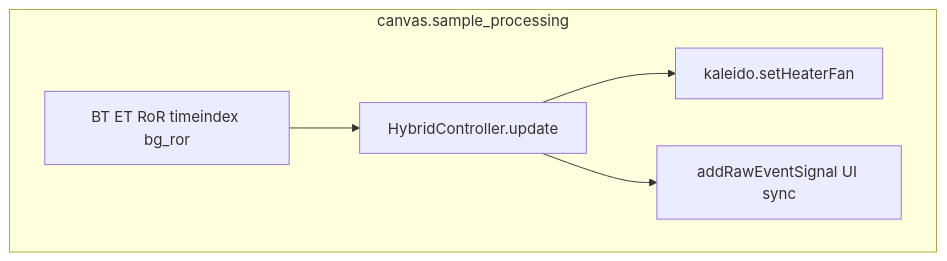
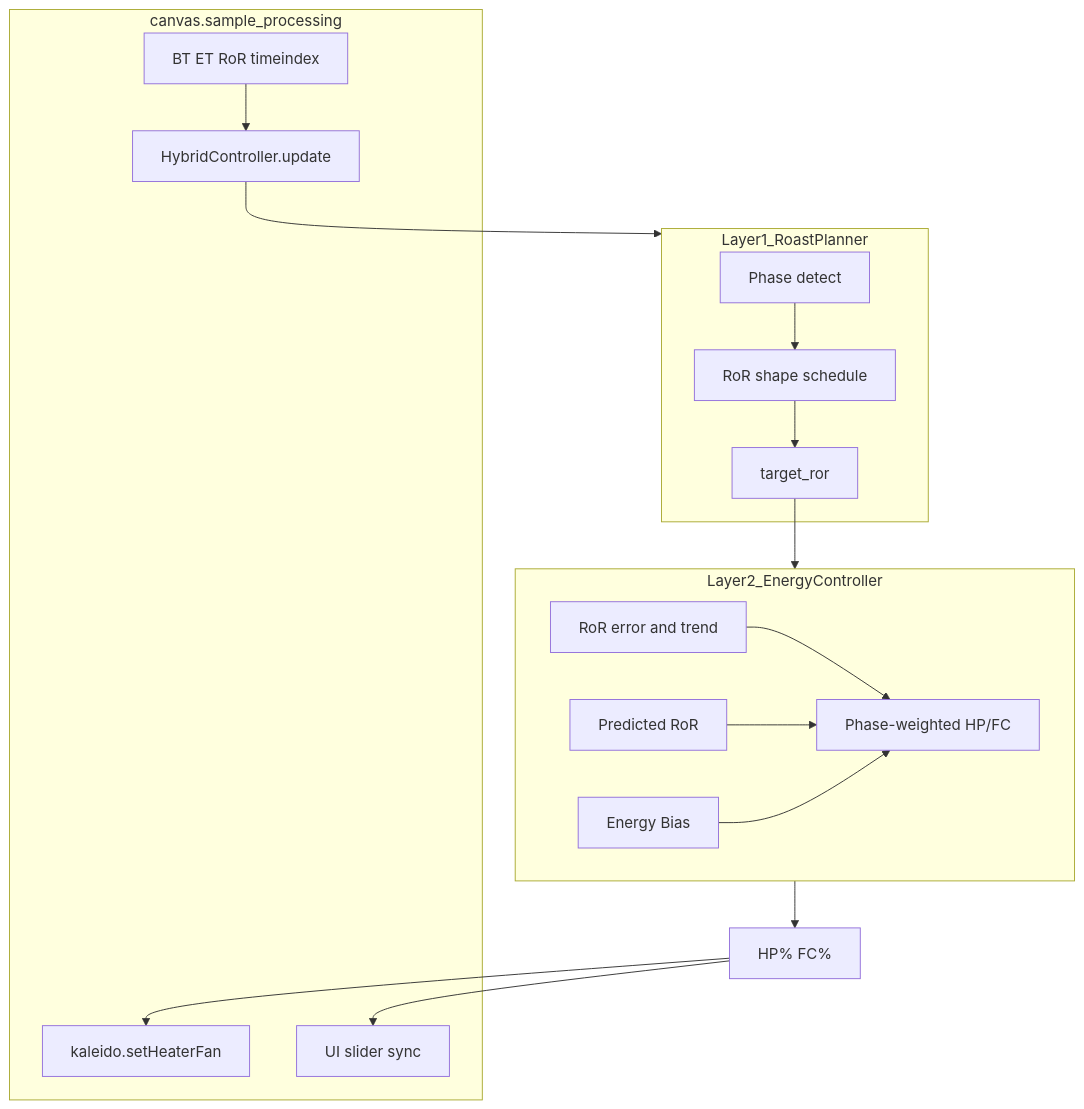
Before and after one commit to BrendenWalker/artisan_kaleido: the first of 3 diagrams in docs/kaleido_mpc_spec.md, drawn with Mermaid. The commit also changed other lines of this file and 30 other files, not shown here.

````diff
--- a/docs/kaleido_mpc_spec.md
+++ b/docs/kaleido_mpc_spec.md
@@ -41,12 +128,30 @@
 ```mermaid
 flowchart TB
-    subgraph sampleLoop [canvas.sample_processing]
-        inputs["BT ET RoR timeindex bg_ror"]
-        ctrl["HybridController.update"]
-        out["kaleido.setHeaterFan"]
-        sliders["addRawEventSignal UI sync"]
-    end
-    inputs --> ctrl
-    ctrl --> out
-    ctrl --> sliders
+  subgraph sampleLoop [canvas.sample_processing]
+    inputs["BT ET RoR timeindex"]
+    ctrl["HybridController.update"]
+    out["kaleido.setHeaterFan"]
+    sliders["UI slider sync"]
+  end
+  subgraph L1 [Layer1_RoastPlanner]
+    phase[Phase detect]
+    shape[RoR shape schedule]
+    phase --> shape
+    shape --> rorTarget[target_ror]
+  end
+  subgraph L2 [Layer2_EnergyController]
+    err[RoR error and trend]
+    pred[Predicted RoR]
+    bias[Energy Bias]
+    mix[Phase-weighted HP/FC]
+    err --> mix
+    pred --> mix
+    bias --> mix
+  end
+  inputs --> ctrl
+  ctrl --> L1
+  rorTarget --> L2
+  L2 --> outs["HP% FC%"]
+  outs --> out
+  outs --> sliders
 ```
````
